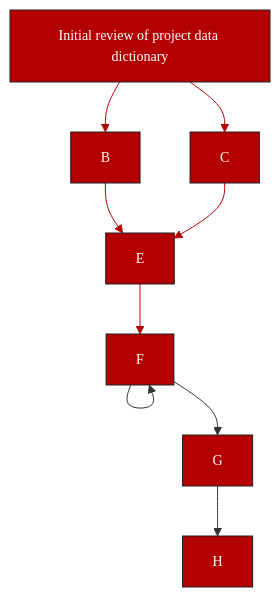
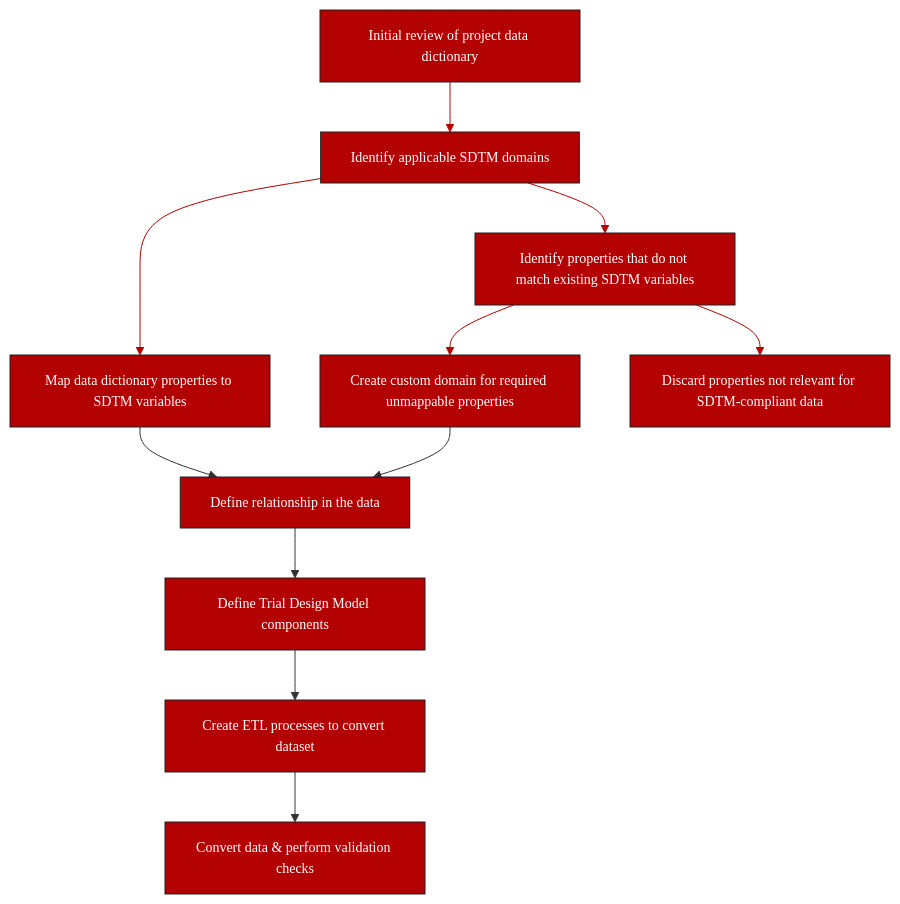
The diagram in content/recipes/applied-examples/approach-cdisc.md-figure0.mmd (FAIRplus/the-fair-cookbook), drawn with Mermaid before and after one commit. The commit also changed 1 other file, not shown here.

Commit message:
Mermaid diagram now complete

```diff
--- a/content/recipes/applied-examples/approach-cdisc.md-figure0.mmd
+++ b/content/recipes/applied-examples/approach-cdisc.md-figure0.mmd
@@ -1,13 +1,16 @@
 graph TD
     step1[Initial review of project data dictionary]:::box 
-    --> step2[B]:::box
-    step1 --> step3[C]:::box
-    step2 --> step4[D]:::box
-    step3 --> step4[E]:::box
-    step4 --> step5[F]:::box
-    step5 --> step5:::box
-    step5 --> step6[G]:::box
-    step6 --> step7[H]:::box
+    --> step2[Identify applicable SDTM domains]:::box
+    step2 --> step3[Map data dictionary properties to SDTM variables]:::box
+    step2 --> step4[Identify properties that do not match existing SDTM variables]:::box
+    step4 --> step5[Create custom domain for required unmappable properties]:::box
+    step4 --> step6[Discard properties not relevant for SDTM-compliant data]:::box
+    step3 --> step7[Define relationship in the data]:::box
+    step5 --> step7
+    step7 --> step8[Define Trial Design Model components]:::box
+    step8 --> step9[Create ETL processes to convert dataset]:::box
+    step9 --> step10[Convert data & perform validation checks]:::box
+
 
 classDef box font-family:avenir,font-size:14px,fill:#B30000,stroke:#222,color:#fff,stroke-width:1px
 linkStyle 0,1,2,3,4 stroke:#B30000,stroke-width:1px,color:#B30000,font-family:avenir;
```
